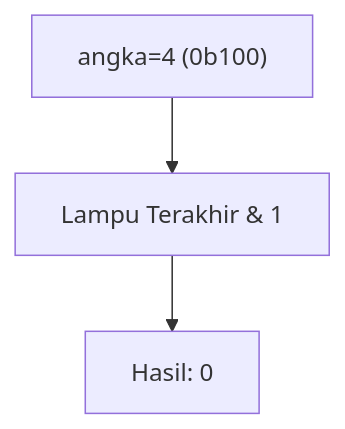
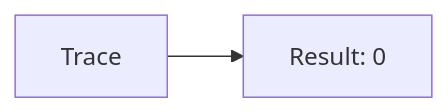
The ninth of 25 diagrams in part-c-pemahaman-cpp/06-bitwise/latihan/set-07.md (amnahwaida/OSNK_INF_PREP), drawn with Mermaid before and after one commit. The commit also changed other lines of this file and 71 other files, not shown here.

````diff
--- a/part-c-pemahaman-cpp/06-bitwise/latihan/set-07.md
+++ b/part-c-pemahaman-cpp/06-bitwise/latihan/set-07.md
@@ -183,5 +190,4 @@
 ```mermaid
-graph TD
-A["angka=4 (0b100)"] --> B["Lampu Terakhir & 1"]
-B --> C["Hasil: 0"]
+graph LR
+A[Trace] --> B[Result: 0]
 ```
````
